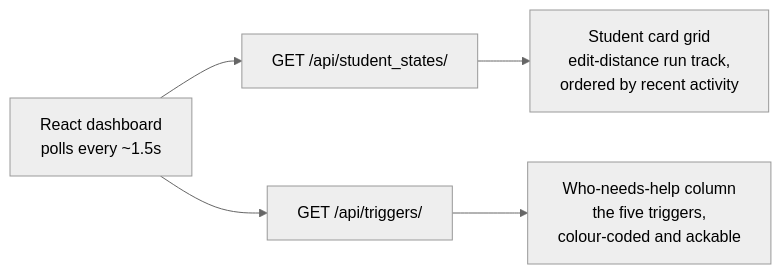
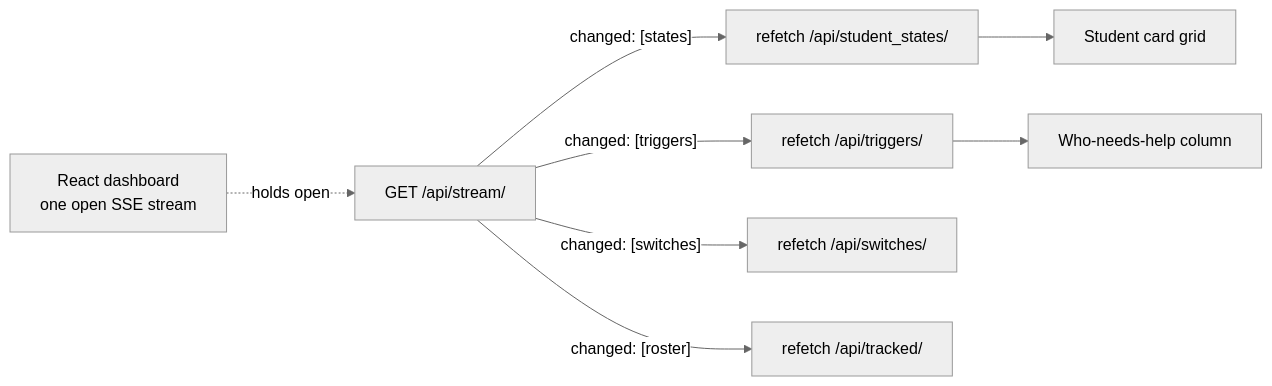
The diagram in docs/concepts/read-path.md (InviteInstitute/lm-dashboard), drawn with Mermaid (neutral theme) before and after one commit. The commit also changed other lines of this file and 9 other files, not shown here.

First line of the commit message:
Docs: bring the site current with the live stream, resilient writes, and the recent features

````diff
--- a/docs/concepts/read-path.md
+++ b/docs/concepts/read-path.md
@@ -28,8 +31,12 @@
 ```mermaid
 flowchart LR
-    dash["React dashboard<br/>polls every ~1.5s"]
-    dash --> a["GET /api/student_states/"]
-    dash --> b["GET /api/triggers/"]
-    a --> grid["Student card grid<br/>edit-distance run track,<br/>ordered by recent activity"]
-    b --> col["Who-needs-help column<br/>the five triggers,<br/>colour-coded and ackable"]
+    dash["React dashboard<br/>one open SSE stream"]
+    api["GET /api/stream/"]
+    dash -. "holds open" .-> api
+    api -->|"changed: [states]"| a["refetch /api/student_states/"]
+    api -->|"changed: [triggers]"| b["refetch /api/triggers/"]
+    api -->|"changed: [switches]"| c["refetch /api/switches/"]
+    api -->|"changed: [roster]"| d["refetch /api/tracked/"]
+    a --> grid["Student card grid"]
+    b --> col["Who-needs-help column"]
 ```
````
